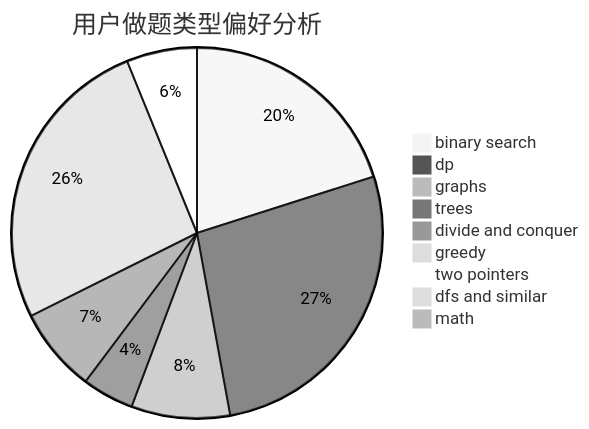
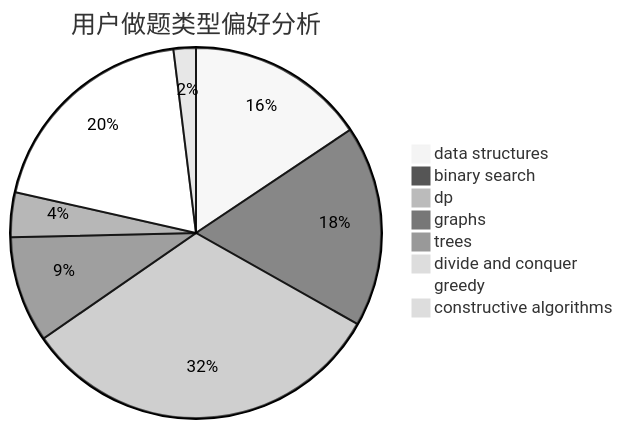
One commit to sherpahu/cfrs.github.io changed the second of 3 diagrams in docs/user/u966.md. Above: the diagram before and after it, drawn with Mermaid (neutral theme). The commit also changed other lines of this file and 2775 other files, not shown here.

````diff
--- a/docs/user/u966.md
+++ b/docs/user/u966.md
@@ -23,12 +23,11 @@
 ```mermaid
 pie title 用户做题类型偏好分析
-    "binary search" :  49
+    "data structures" :  32
+    "binary search" :  36
     "dp" :  66
-    "graphs" :  21
-    "trees" :  11
-    "divide and conquer" :  18
-    "greedy" :  64
-    "two pointers" :  15
-    "dfs and similar" :  2
-    "math" :  2
+    "graphs" :  19
+    "trees" :  8
+    "divide and conquer" :  0
+    "greedy" :  40
+    "constructive algorithms" :  4
 ```
````
